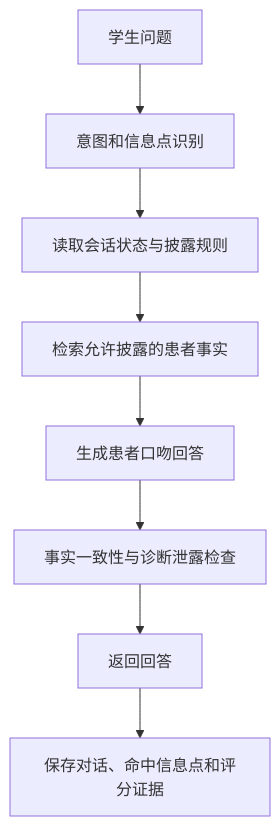
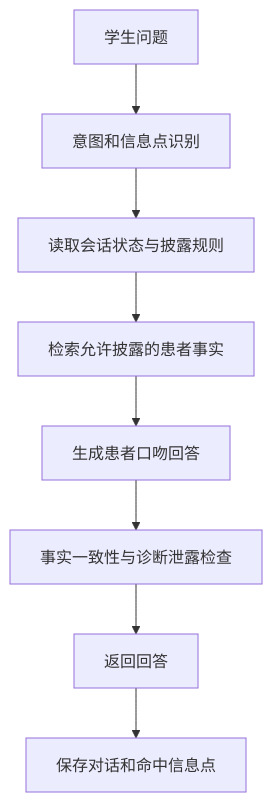
One commit to yuxiaofei93/oral-sp changed the third of 3 diagrams in oral-clinic-ai-product-design.md. Above: the diagram before and after it, drawn with Mermaid. The commit also changed other lines of this file and 32 other files, not shown here.

````diff
--- a/oral-clinic-ai-product-design.md
+++ b/oral-clinic-ai-product-design.md
@@ -323,10 +324,10 @@
 ```mermaid
 flowchart TD
     Q[学生问题] --> I[意图和信息点识别]
     I --> P[读取会话状态与披露规则]
     P --> K[检索允许披露的患者事实]
     K --> G[生成患者口吻回答]
     G --> V[事实一致性与诊断泄露检查]
     V --> A[返回回答]
-    A --> S[保存对话、命中信息点和评分证据]
+    A --> S[保存对话和命中信息点]
 ```
````
